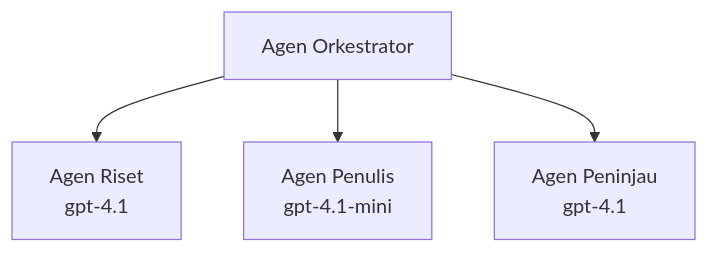
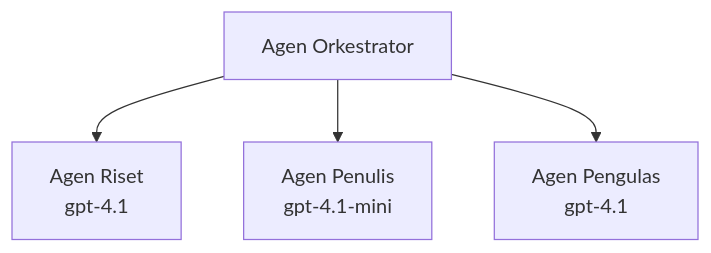
Before and after one commit to microsoft/AZD-for-beginners: the third of 3 diagrams in translations/id/docs/chapter-02-ai-development/agents.md, drawn with Mermaid. The commit also changed other lines of this file and 104 other files, not shown here.

````diff
--- a/translations/id/docs/chapter-02-ai-development/agents.md
+++ b/translations/id/docs/chapter-02-ai-development/agents.md
@@ -194,6 +201,6 @@
 ```mermaid
 graph TD
     Orchestrator[Agen Orkestrator] --> Research[Agen Riset<br/>gpt-4.1]
     Orchestrator --> Writer[Agen Penulis<br/>gpt-4.1-mini]
-    Orchestrator --> Reviewer[Agen Peninjau<br/>gpt-4.1]
+    Orchestrator --> Reviewer[Agen Pengulas<br/>gpt-4.1]
 ```
````
